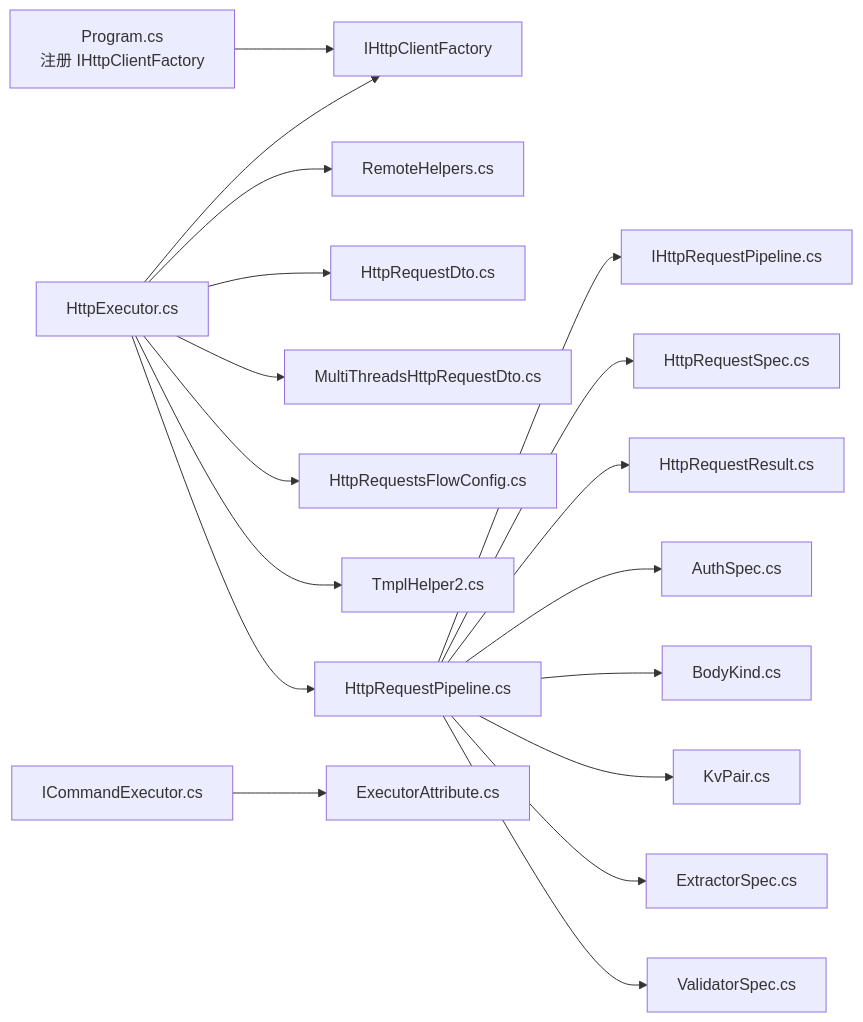
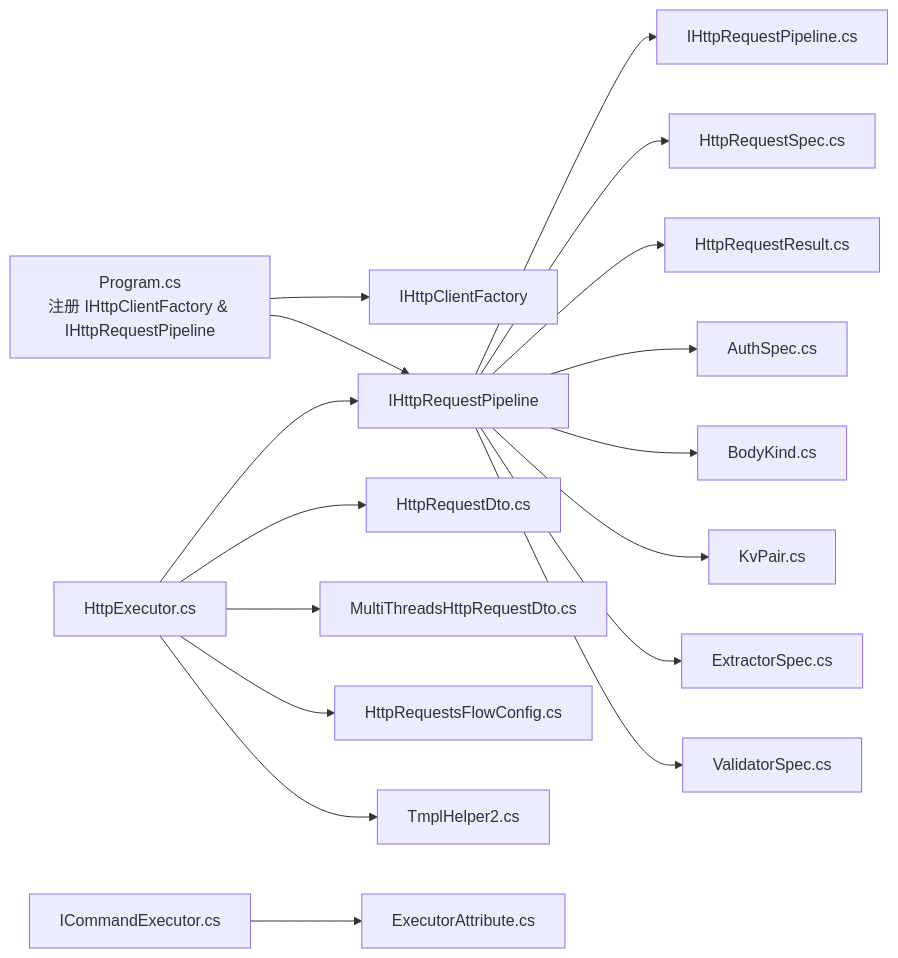
Before and after one commit to Sosososolong/AirGo: the fifth of 5 diagrams in .qoder/repowiki/zh/content/项目概述/核心特性/工具库系统/HTTP 请求执行器.md, drawn with Mermaid. The commit also changed other lines of this file and 10 other files, not shown here.

````diff
--- a/.qoder/repowiki/zh/content/项目概述/核心特性/工具库系统/HTTP 请求执行器.md
+++ b/.qoder/repowiki/zh/content/项目概述/核心特性/工具库系统/HTTP 请求执行器.md
@@ -504,20 +507,19 @@
 ```mermaid
 graph LR
-PRG["Program.cs<br/>注册 IHttpClientFactory"] --> FACT["IHttpClientFactory"]
-HE["HttpExecutor.cs"] --> FACT
-HE --> RH["RemoteHelpers.cs"]
+PRG["Program.cs<br/>注册 IHttpClientFactory & IHttpRequestPipeline"] --> FACT["IHttpClientFactory"]
+PRG --> PIPE["IHttpRequestPipeline"]
+HE["HttpExecutor.cs"] --> PIPE
 HE --> DTO["HttpRequestDto.cs"]
 HE --> MT["MultiThreadsHttpRequestDto.cs"]
 HE --> FLOW["HttpRequestsFlowConfig.cs"]
 HE --> TMPL2["TmplHelper2.cs"]
-HE --> PIPE["HttpRequestPipeline.cs"]
 PIPE --> ISPEC["IHttpRequestPipeline.cs"]
 PIPE --> SPEC["HttpRequestSpec.cs"]
 PIPE --> RESULT["HttpRequestResult.cs"]
 PIPE --> AUTH["AuthSpec.cs"]
 PIPE --> BODY["BodyKind.cs"]
 PIPE --> KV["KvPair.cs"]
 PIPE --> EXTRACT["ExtractorSpec.cs"]
 PIPE --> VALID["ValidatorSpec.cs"]
 IE["ICommandExecutor.cs"] --> EA["ExecutorAttribute.cs"]
 ```
````
